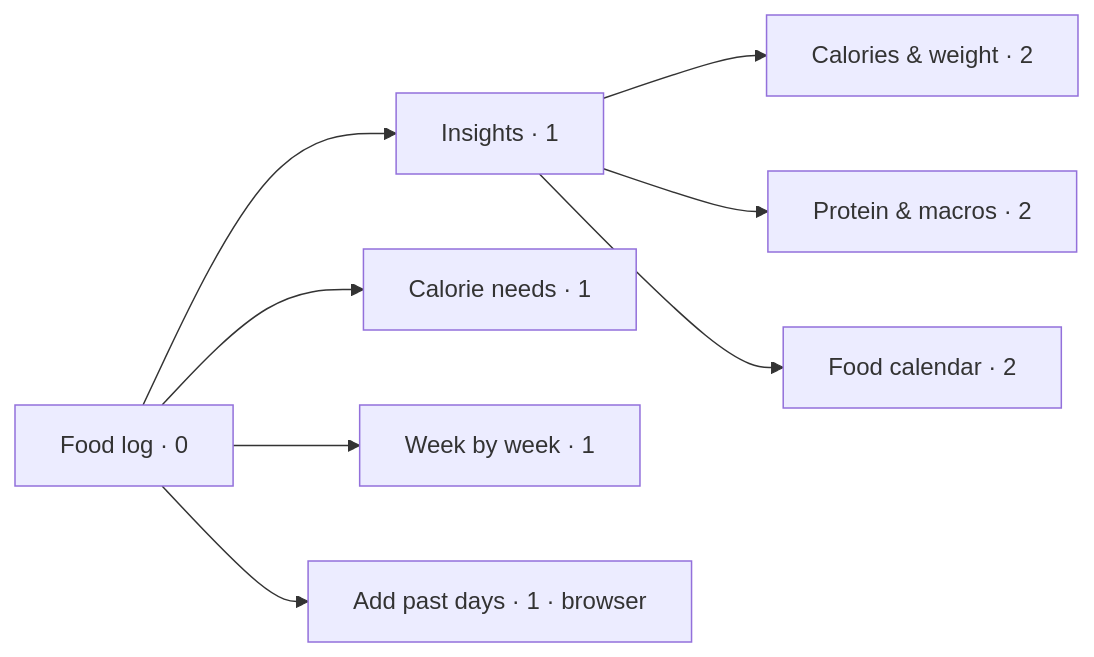
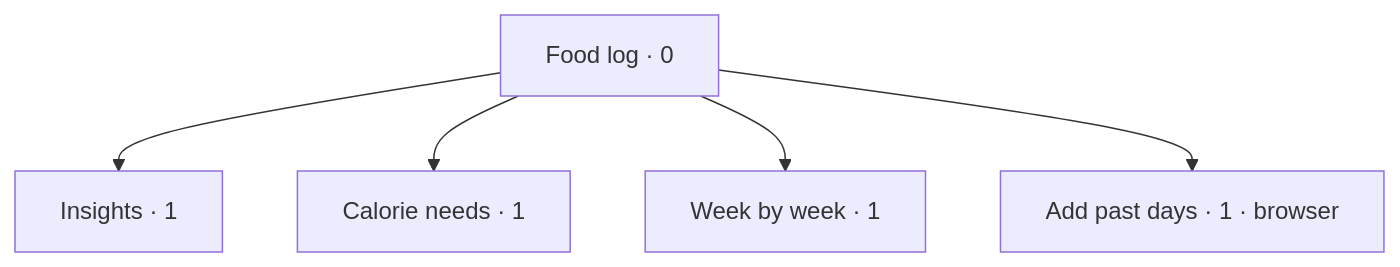
Before and after one commit to BenCBanks/kinetta: the seventh of 14 diagrams in docs/app-map.md, drawn with Mermaid. The commit also changed other lines of this file, not shown here.

Commit message:
Separate insight branches for readable map arrows

````diff
--- a/docs/app-map.md
+++ b/docs/app-map.md
@@ -439,10 +439,7 @@
 ```mermaid
-flowchart LR
+flowchart TD
  N["Food log · 0"] --> I["Insights · 1"]
- I --> E["Calories & weight · 2"]
- I --> M["Protein & macros · 2"]
  N --> C["Calorie needs · 1"]
  N --> W["Week by week · 1"]
- I --> D["Food calendar · 2"]
  N --> H["Add past days · 1 · browser"]
 ```
````
